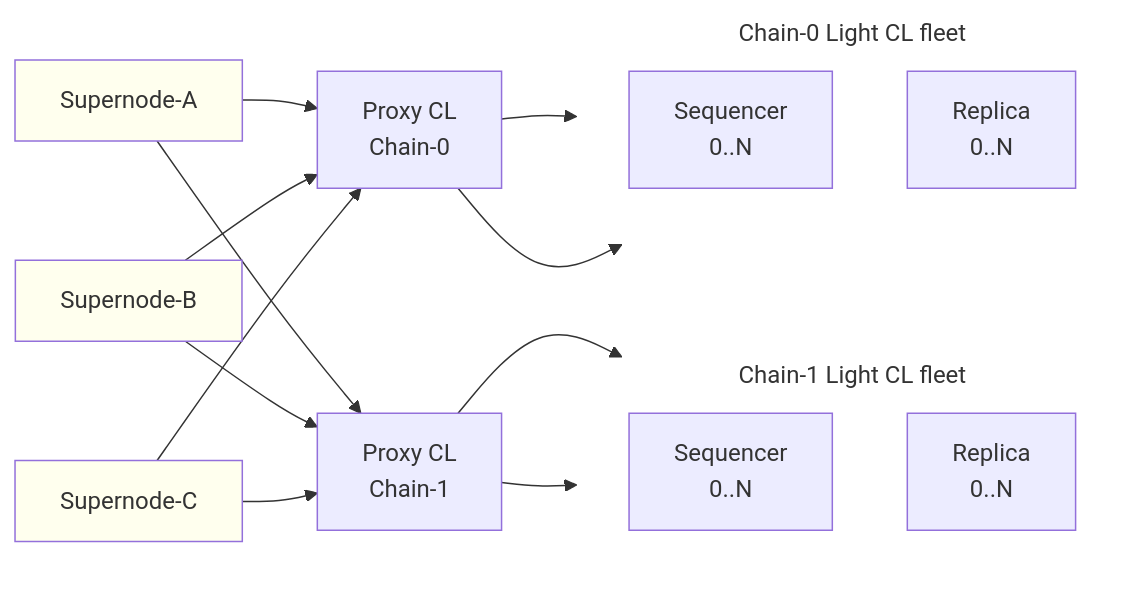
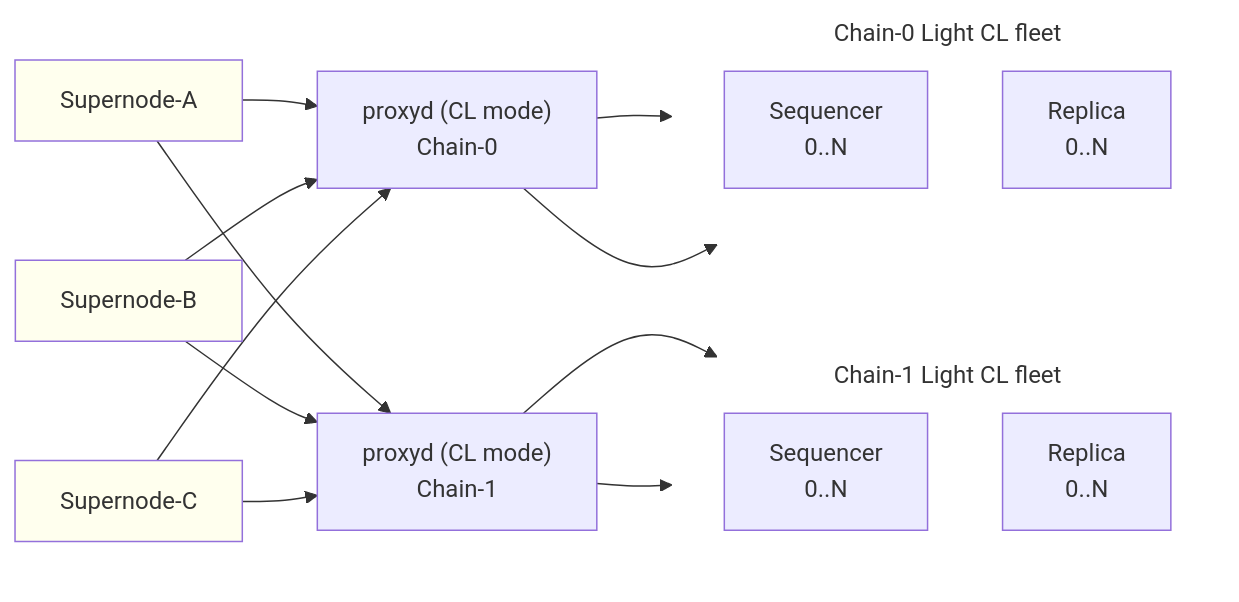
Before and after one commit to ethereum-optimism/optimism: the diagram in docs/public-docs/op-stack/interop/supernode.mdx, drawn with Mermaid. The commit also changed other lines of this file and 6 other files, not shown here.

````diff
--- a/docs/public-docs/op-stack/interop/supernode.mdx
+++ b/docs/public-docs/op-stack/interop/supernode.mdx
@@ -115,39 +125,39 @@
 ```mermaid
 graph LR
   classDef supernode fill:#FFE
   classDef transparent fill:none, stroke:none
 
   SnA[Supernode-A]
   SnB[Supernode-B]
   SnC[Supernode-C]
 
-  Px0["Proxy CL<br/>Chain-0"]
-  Px1["Proxy CL<br/>Chain-1"]
+  Px0["proxyd (CL mode)<br/>Chain-0"]
+  Px1["proxyd (CL mode)<br/>Chain-1"]
 
   subgraph c0["Chain-0 Light CL fleet"]
     direction TB
     C0Seq["Sequencer<br/>0..N"]
     C0Rep["Replica<br/>0..N"]
   end
 
   subgraph c1["Chain-1 Light CL fleet"]
     direction TB
     C1Seq["Sequencer<br/>0..N"]
     C1Rep["Replica<br/>0..N"]
   end
 
   SnA --> Px0
   SnA --> Px1
   SnB --> Px0
   SnB --> Px1
   SnC --> Px0
   SnC --> Px1
 
   Px0 --> C0Seq
   Px0 --> C0Rep
   Px1 --> C1Seq
   Px1 --> C1Rep
 
   class SnA,SnB,SnC supernode
   class c0,c1 transparent
 ```
````
